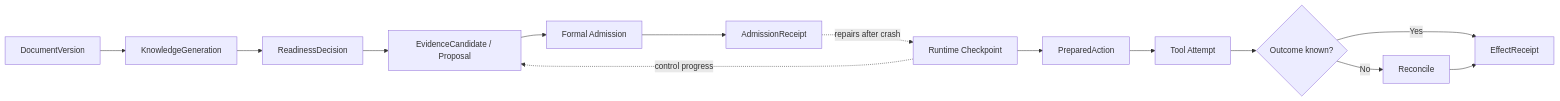
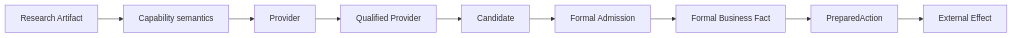
The third of 6 diagrams in docs/architecture/architecture-views.md (ProfessorZhi/Zuno), drawn with Mermaid before and after one commit. The commit also changed other lines of this file, not shown here.

Commit message:
docs: bind architecture views to architecture.md

````diff
--- a/docs/architecture/architecture-views.md
+++ b/docs/architecture/architecture-views.md
@@ -59,23 +57,15 @@
 ```mermaid
 flowchart LR
-  DOC[DocumentVersion]
-  KG[KnowledgeGeneration]
-  READY[ReadinessDecision]
-  CAND[EvidenceCandidate / Proposal]
-  ADMIT[Formal Admission]
-  RECEIPT[AdmissionReceipt]
-  RUN[Runtime Checkpoint]
-  PREP[PreparedAction]
-  TRY[Tool Attempt]
-  UNKNOWN{Outcome known?}
-  EFFECT[EffectReceipt]
-  RECON[Reconcile]
+  R[Research Artifact]
+  CAP[Capability semantics]
+  PROV[Provider]
+  QUAL[Qualified Provider]
+  CAND[Candidate]
+  ADM[Formal Admission]
+  FACT[Formal Business Fact]
+  ACTION[PreparedAction]
+  EFFECT[External Effect]
 
-  DOC --> KG --> READY
-  READY --> CAND --> ADMIT --> RECEIPT
-  RUN -. control progress .-> CAND
-  RECEIPT -. repairs after crash .-> RUN
-  RUN --> PREP --> TRY --> UNKNOWN
-  UNKNOWN -->|Yes| EFFECT
-  UNKNOWN -->|No| RECON --> EFFECT
+  R --> CAP --> PROV --> QUAL --> CAND --> ADM --> FACT
+  FACT --> ACTION --> EFFECT
 ```
````
